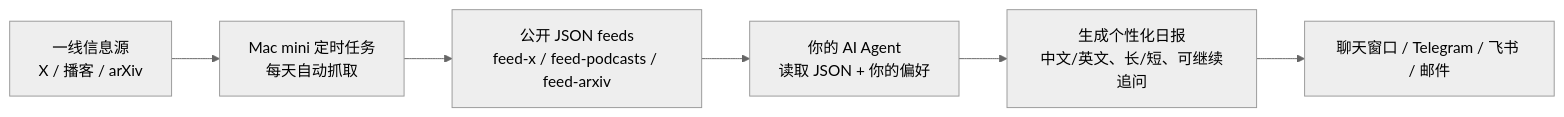
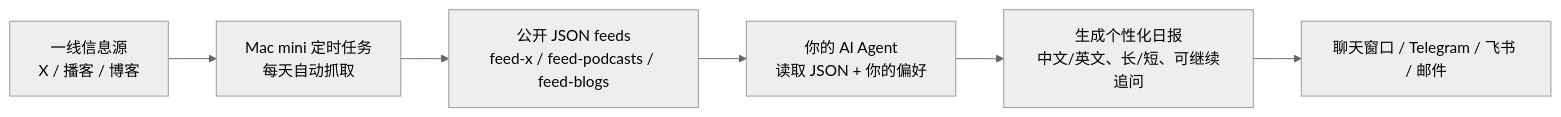
One commit to Benboerba620/ai-signal changed the diagram in README.md. Above: the diagram before and after it, drawn with Mermaid (neutral theme). The commit also changed other lines of this file and 16 other files, not shown here.

````diff
--- a/README.md
+++ b/README.md
@@ -226,8 +216,8 @@
 ```mermaid
 flowchart LR
-  A["一线信息源<br/>X / 播客 / arXiv"] --> B["Mac mini 定时任务<br/>每天自动抓取"]
-  B --> C["公开 JSON feeds<br/>feed-x / feed-podcasts / feed-arxiv"]
+  A["一线信息源<br/>X / 播客 / 博客"] --> B["Mac mini 定时任务<br/>每天自动抓取"]
+  B --> C["公开 JSON feeds<br/>feed-x / feed-podcasts / feed-blogs"]
   C --> D["你的 AI Agent<br/>读取 JSON + 你的偏好"]
   D --> E["生成个性化日报<br/>中文/英文、长/短、可继续追问"]
   E --> F["聊天窗口 / Telegram / 飞书 / 邮件"]
 ```
````
